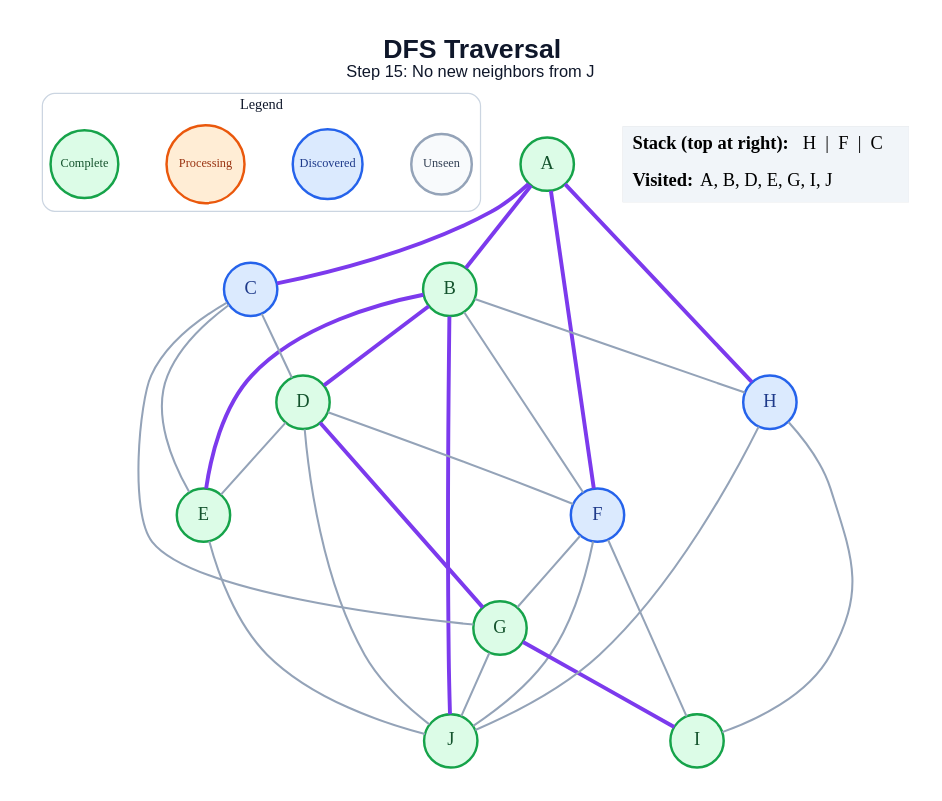
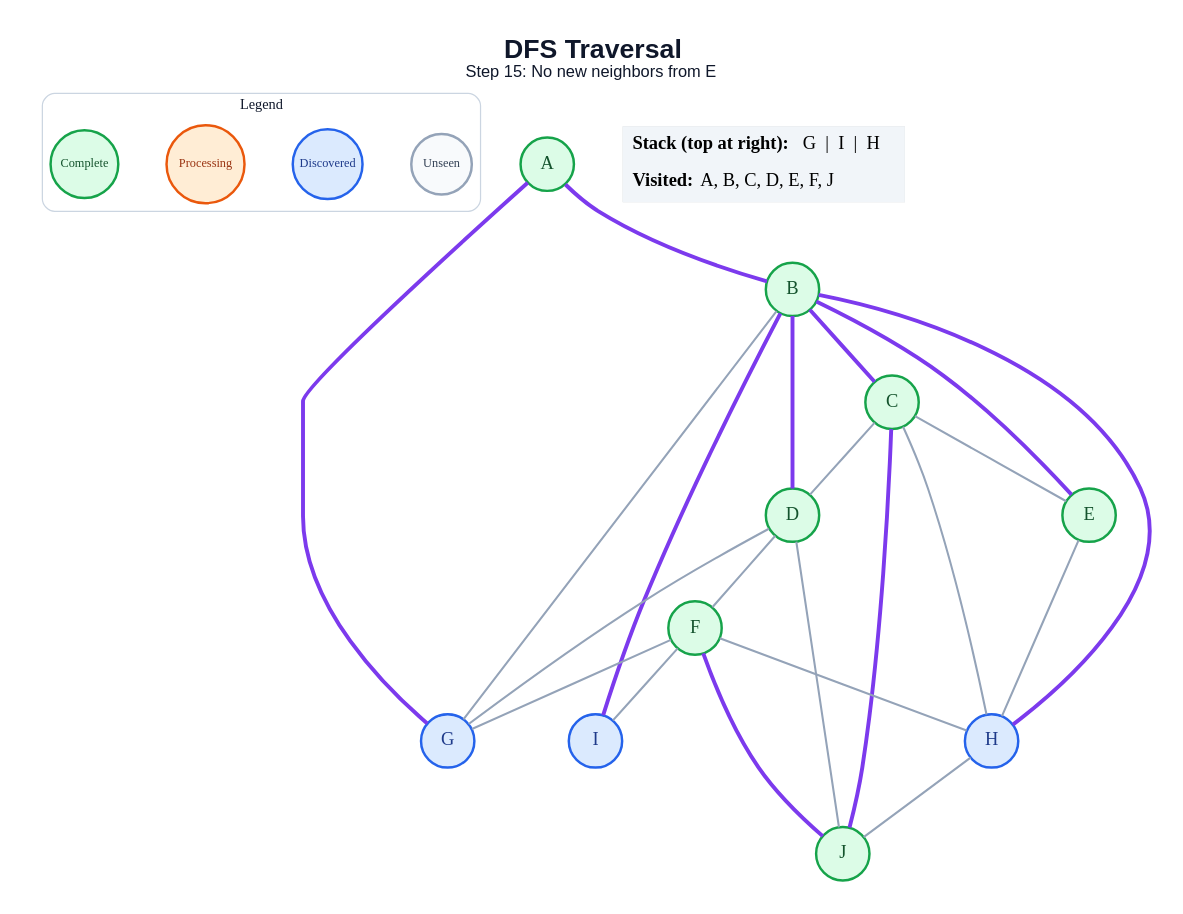
One commit to anon7238593-create/ai-slop changed the diagram in generated/dfs/step_15.dot. Above: the diagram before and after it, drawn with Graphviz. The commit also changed 171 other files, not shown here.

```diff
--- a/generated/dfs/step_15.dot
+++ b/generated/dfs/step_15.dot
@@ -1,53 +1,50 @@
 graph traversal {
   graph [layout=dot, rankdir=TB, bgcolor="#FFFFFF", pad="0.35", nodesep="0.65", ranksep="0.8", fontname="Arial"];
   node [shape=circle, style="filled", fontname="Arial Bold", fontsize=18, width=0.72, fixedsize=true, penwidth=2.4];
   edge [color="#94A3B8", penwidth=2.0];
-  label=<<B>DFS Traversal</B><BR/><FONT POINT-SIZE="16">Step 15: No new neighbors from J</FONT>>; labelloc="t"; fontsize=26; fontname="Arial"; fontcolor="#0F172A";
+  label=<<B>DFS Traversal</B><BR/><FONT POINT-SIZE="16">Step 15: No new neighbors from E</FONT>>; labelloc="t"; fontsize=26; fontname="Arial"; fontcolor="#0F172A";
   subgraph cluster_legend { label="Legend"; color="#CBD5E1"; penwidth=1.2; style="rounded"; fontsize=14; fontname="Arial Bold";
     key_unseen [label="Unseen", fillcolor="#F8FAFC", color="#94A3B8", fontcolor="#334155", fontsize=12, width=0.82];
     key_frontier [label="Discovered", fillcolor="#DBEAFE", color="#2563EB", fontcolor="#1E3A8A", fontsize=12, width=0.95];
     key_current [label="Processing", fillcolor="#FFEDD5", color="#EA580C", fontcolor="#9A3412", fontsize=12, width=1.05];
     key_done [label="Complete", fillcolor="#DCFCE7", color="#16A34A", fontcolor="#14532D", fontsize=12, width=0.92];
     { rank=same; key_unseen; key_frontier; key_current; key_done; }
   }
   A [fillcolor="#DCFCE7", color="#16A34A", fontcolor="#14532D"];
   B [fillcolor="#DCFCE7", color="#16A34A", fontcolor="#14532D"];
-  C [fillcolor="#DBEAFE", color="#2563EB", fontcolor="#1E3A8A"];
+  C [fillcolor="#DCFCE7", color="#16A34A", fontcolor="#14532D"];
   D [fillcolor="#DCFCE7", color="#16A34A", fontcolor="#14532D"];
   E [fillcolor="#DCFCE7", color="#16A34A", fontcolor="#14532D"];
-  F [fillcolor="#DBEAFE", color="#2563EB", fontcolor="#1E3A8A"];
-  G [fillcolor="#DCFCE7", color="#16A34A", fontcolor="#14532D"];
+  F [fillcolor="#DCFCE7", color="#16A34A", fontcolor="#14532D"];
+  G [fillcolor="#DBEAFE", color="#2563EB", fontcolor="#1E3A8A"];
   H [fillcolor="#DBEAFE", color="#2563EB", fontcolor="#1E3A8A"];
-  I [fillcolor="#DCFCE7", color="#16A34A", fontcolor="#14532D"];
+  I [fillcolor="#DBEAFE", color="#2563EB", fontcolor="#1E3A8A"];
   J [fillcolor="#DCFCE7", color="#16A34A", fontcolor="#14532D"];
   A -- B [color="#7C3AED", penwidth=3.8];
-  A -- C [color="#7C3AED", penwidth=3.8];
-  A -- F [color="#7C3AED", penwidth=3.8];
-  A -- H [color="#7C3AED", penwidth=3.8];
+  A -- G [color="#7C3AED", penwidth=3.8];
+  B -- C [color="#7C3AED", penwidth=3.8];
   B -- D [color="#7C3AED", penwidth=3.8];
   B -- E [color="#7C3AED", penwidth=3.8];
-  B -- F;
-  B -- H;
-  B -- J [color="#7C3AED", penwidth=3.8];
+  B -- G;
+  B -- H [color="#7C3AED", penwidth=3.8];
+  B -- I [color="#7C3AED", penwidth=3.8];
   C -- D;
   C -- E;
-  C -- G;
-  D -- E;
+  C -- H;
+  C -- J [color="#7C3AED", penwidth=3.8];
   D -- F;
-  D -- G [color="#7C3AED", penwidth=3.8];
+  D -- G;
   D -- J;
-  E -- J;
+  E -- H;
   F -- G;
+  F -- H;
   F -- I;
-  F -- J;
-  G -- I [color="#7C3AED", penwidth=3.8];
-  G -- J;
-  H -- I;
+  F -- J [color="#7C3AED", penwidth=3.8];
   H -- J;
   status [shape=plain, fixedsize=false, width=0, height=0, margin=0, label=<
     <TABLE BORDER="0" CELLBORDER="0" CELLPADDING="7" BGCOLOR="#F1F5F9">
-      <TR><TD ALIGN="LEFT"><B>Stack (top at right):</B> H  |  F  |  C</TD></TR>
-      <TR><TD ALIGN="LEFT"><B>Visited:</B> A, B, D, E, G, I, J</TD></TR>
+      <TR><TD ALIGN="LEFT"><B>Stack (top at right):</B> G  |  I  |  H</TD></TR>
+      <TR><TD ALIGN="LEFT"><B>Visited:</B> A, B, C, D, E, F, J</TD></TR>
     </TABLE>
   >];
 }
```
